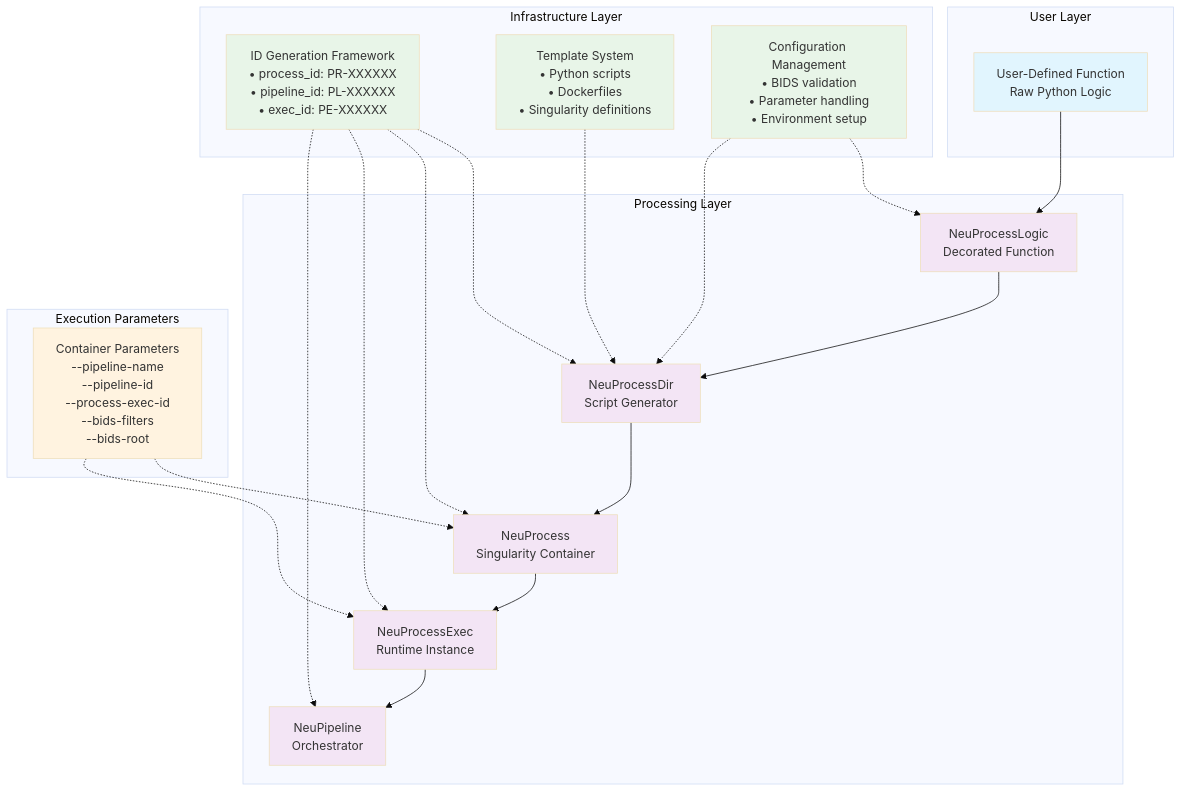
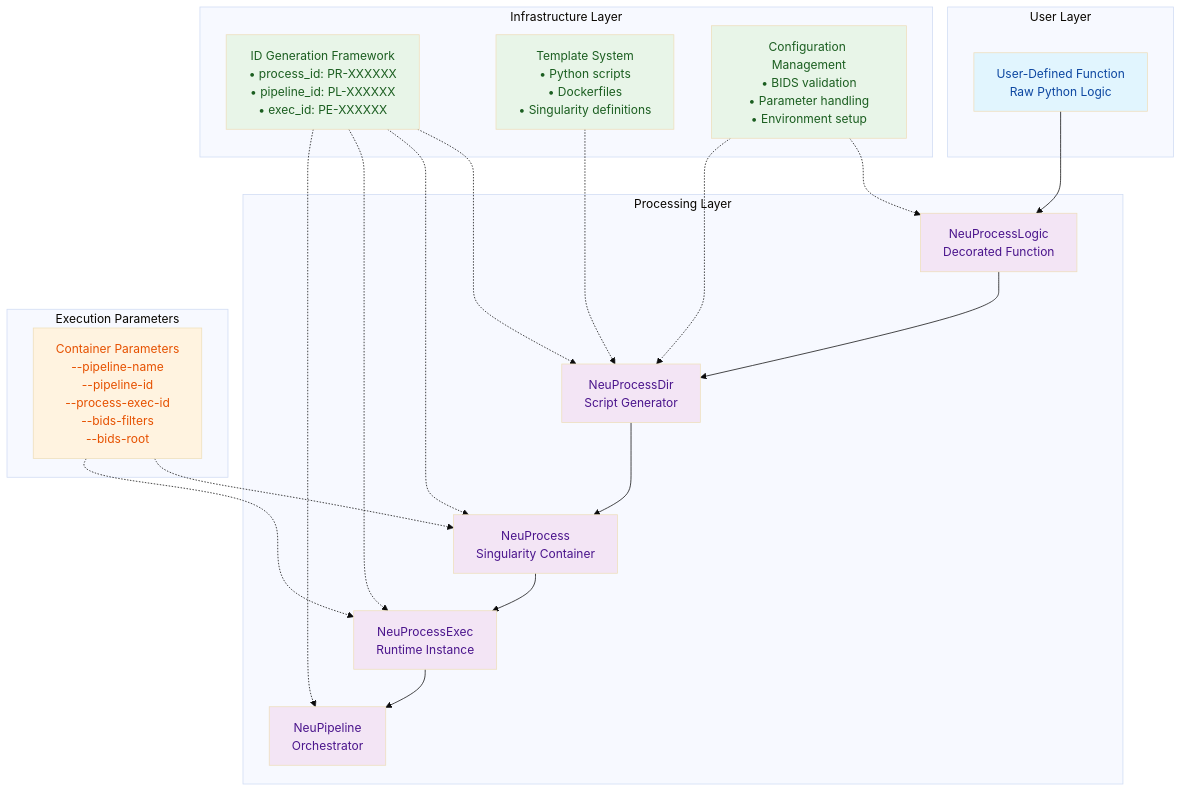
One commit to chinmaymokashicm/neuroanalyst changed diagram 11 of 12 in README.md. Above: the diagram before and after it, drawn with Mermaid (base theme). The commit also changed other lines of this file and 113 other files, not shown here.

````diff
--- a/README.md
+++ b/README.md
@@ -290,54 +944,54 @@
 ```mermaid
 graph TB
     subgraph "User Layer"
         UDF[User-Defined Function<br/>Raw Python Logic]
     end
     
     subgraph "Processing Layer"
         NPL[NeuProcessLogic<br/>Decorated Function]
         NPD[NeuProcessDir<br/>Script Generator]
         NP[NeuProcess<br/>Singularity Container]
         NPE[NeuProcessExec<br/>Runtime Instance]
         Pipeline[NeuPipeline<br/>Orchestrator]
     end
     
     subgraph "Infrastructure Layer"
         IDGen[ID Generation Framework<br/>• process_id: PR-XXXXXX<br/>• pipeline_id: PL-XXXXXX<br/>• exec_id: PE-XXXXXX]
         Templates[Template System<br/>• Python scripts<br/>• Dockerfiles<br/>• Singularity definitions]
         Config[Configuration Management<br/>• BIDS validation<br/>• Parameter handling<br/>• Environment setup]
     end
     
     subgraph "Execution Parameters"
         Params[Container Parameters<br/>--pipeline-name<br/>--pipeline-id<br/>--process-exec-id<br/>--bids-filters<br/>--bids-root]
     end
     
     %% Main flow
     UDF --> NPL
     NPL --> NPD
     NPD --> NP
     NP --> NPE
     NPE --> Pipeline
     
     %% Infrastructure connections
     IDGen -.-> NPD
     IDGen -.-> NP
     IDGen -.-> NPE
     IDGen -.-> Pipeline
     
     Templates -.-> NPD
     Config -.-> NPL
     Config -.-> NPD
     
     Params -.-> NP
     Params -.-> NPE
     
-    classDef userLayer fill:#e1f5fe
-    classDef processingLayer fill:#f3e5f5
-    classDef infraLayer fill:#e8f5e8
-    classDef paramLayer fill:#fff3e0
+    classDef userLayer fill:#e1f5fe,color:#0d47a1
+    classDef processingLayer fill:#f3e5f5,color:#4a148c
+    classDef infraLayer fill:#e8f5e8,color:#1b5e20
+    classDef paramLayer fill:#fff3e0,color:#e65100
     
     class UDF userLayer
     class NPL,NPD,NP,NPE,Pipeline processingLayer
     class IDGen,Templates,Config infraLayer
     class Params paramLayer
 ```
````
